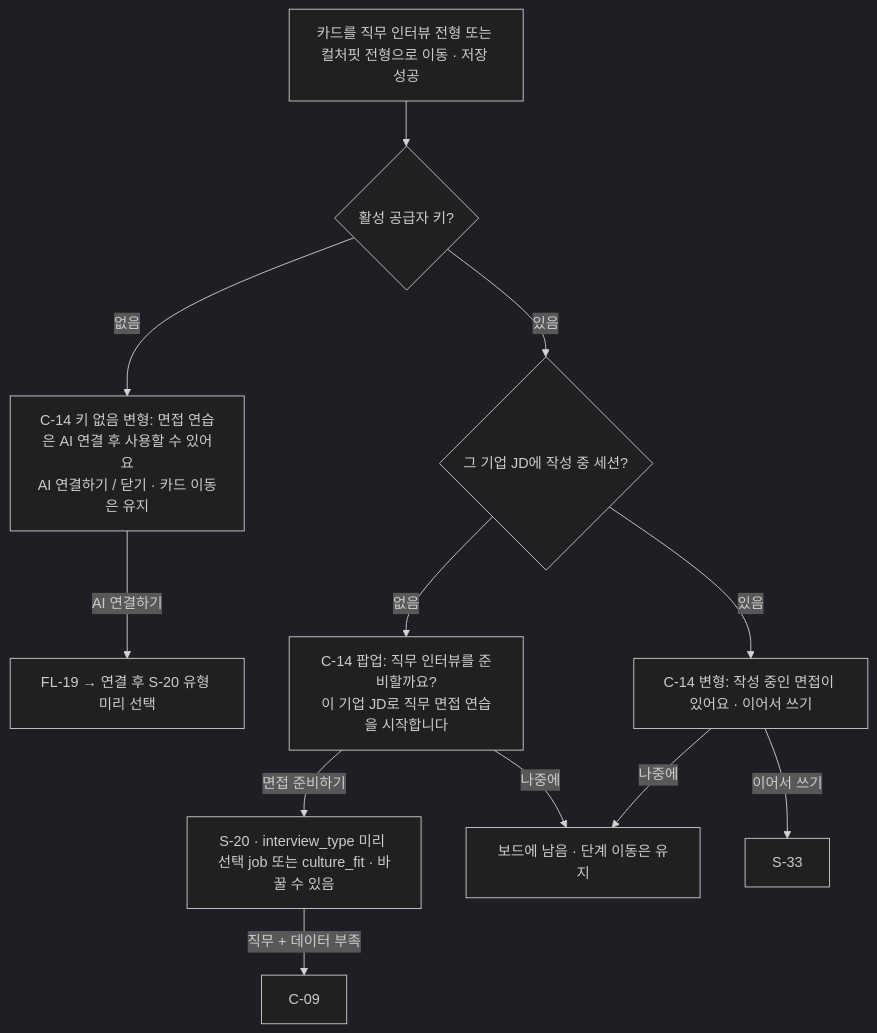
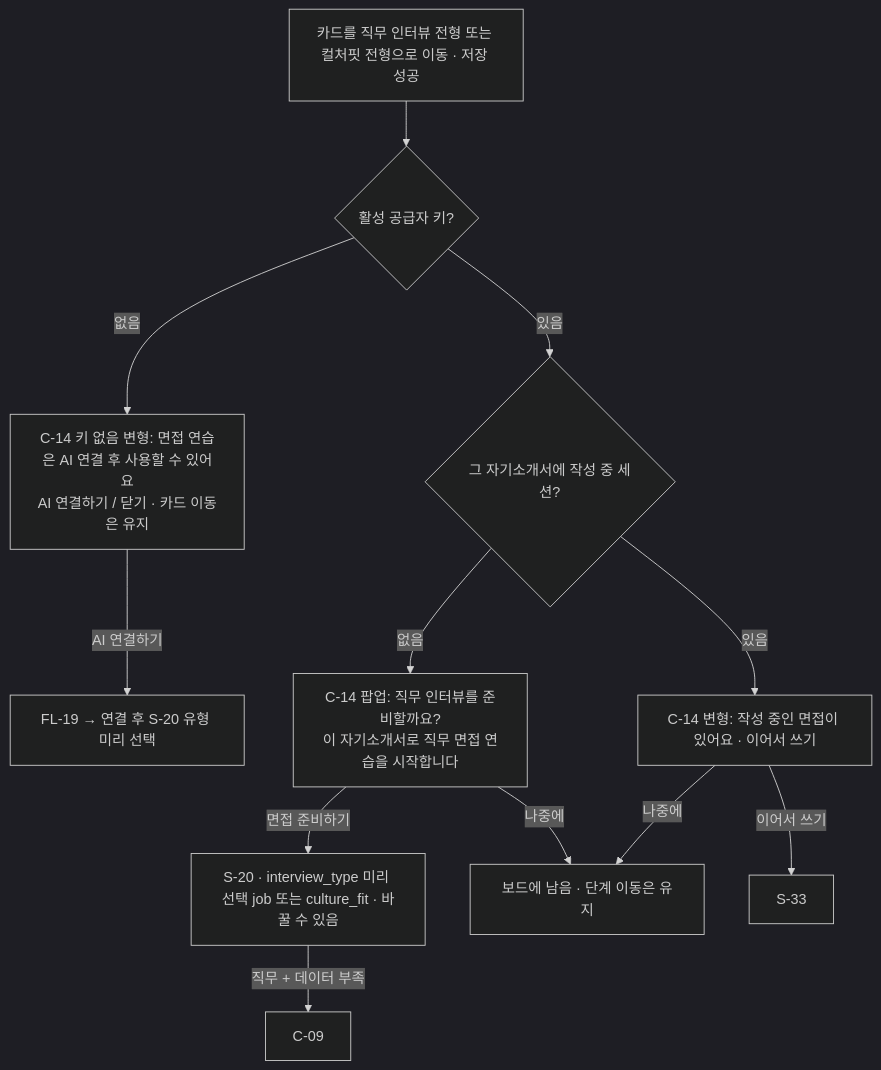
One commit to j-hyunn/resumate changed diagram 11 of 20 in docs/planning/02-user-flows.md. Above: the diagram before and after it, drawn with Mermaid (dark theme). The commit also changed other lines of this file and 11 other files, not shown here.

````diff
--- a/docs/planning/02-user-flows.md
+++ b/docs/planning/02-user-flows.md
@@ -475,14 +494,14 @@
 ```mermaid
 flowchart TD
   A[카드를 직무 인터뷰 전형 또는 컬처핏 전형으로 이동 · 저장 성공] --> K{활성 공급자 키?}
   K -->|없음| N[C-14 키 없음 변형: 면접 연습은 AI 연결 후 사용할 수 있어요<br/>AI 연결하기 / 닫기 · 카드 이동은 유지]
   N -->|AI 연결하기| FL19[FL-19 → 연결 후 S-20 유형 미리 선택]
-  K -->|있음| B{그 기업 JD에 작성 중 세션?}
-  B -->|없음| C[C-14 팝업: 직무 인터뷰를 준비할까요?<br/>이 기업 JD로 직무 면접 연습을 시작합니다]
+  K -->|있음| B{그 자기소개서에 작성 중 세션?}
+  B -->|없음| C[C-14 팝업: 직무 인터뷰를 준비할까요?<br/>이 자기소개서로 직무 면접 연습을 시작합니다]
   B -->|있음| C2[C-14 변형: 작성 중인 면접이 있어요 · 이어서 쓰기]
   C -->|면접 준비하기| D[S-20 · interview_type 미리 선택 job 또는 culture_fit · 바꿀 수 있음]
   C -->|나중에| E[보드에 남음 · 단계 이동은 유지]
   C2 -->|이어서 쓰기| F[S-33]
   C2 -->|나중에| E
   D -->|직무 + 데이터 부족| X[C-09]
 ```
````
